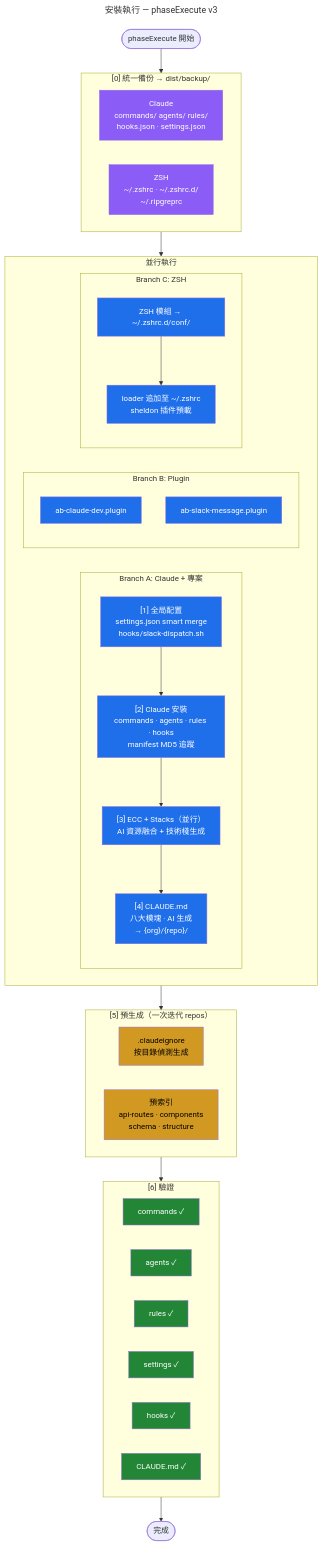
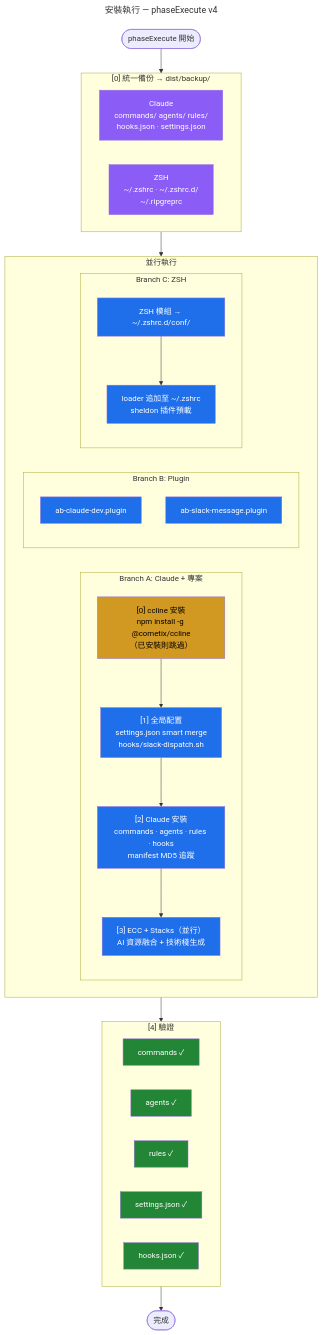
One commit to AlvinBian/ab-tao changed the diagram in apps/dotfiles/docs/flows/phase-execute.mmd. Above: the diagram before and after it, drawn with Mermaid. The commit also changed 7 other files, not shown here.

```diff
--- a/apps/dotfiles/docs/flows/phase-execute.mmd
+++ b/apps/dotfiles/docs/flows/phase-execute.mmd
@@ -1,73 +1,64 @@
 ---
-title: 安裝執行 — phaseExecute v3
-description: 統一備份 → 3 路並行（Claude/Plugin/ZSH）→ 預生成 → 驗證
+title: 安裝執行 — phaseExecute v4
+description: 統一備份 → 3 路並行（Claude/Plugin/ZSH）→ 驗證
 links:
   - config-protection: 配置保護策略
   - setup-main: 返回主流程
 ---
 flowchart TD
     Start([phaseExecute 開始]) --> E0
 
     subgraph E0 ["[0] 統一備份 → dist/backup/"]
         direction LR
         B1["Claude<br/>commands/ agents/ rules/<br/>hooks.json · settings.json"]
         B2["ZSH<br/>~/.zshrc · ~/.zshrc.d/<br/>~/.ripgreprc"]
     end
 
     E0 --> PAR
 
     subgraph PAR ["並行執行"]
         direction LR
 
         subgraph A ["Branch A: Claude + 專案"]
             direction TB
-            A1["[1] 全局配置<br/>settings.json smart merge<br/>hooks/slack-dispatch.sh"]
+            A0["[0] ccline 安裝<br/>npm install -g @cometix/ccline<br/>（已安裝則跳過）"]
+            A0 --> A1["[1] 全局配置<br/>settings.json smart merge<br/>hooks/slack-dispatch.sh"]
             A1 --> A2["[2] Claude 安裝<br/>commands · agents · rules · hooks<br/>manifest MD5 追蹤"]
             A2 --> A3["[3] ECC + Stacks（並行）<br/>AI 資源融合 + 技術棧生成"]
-            A3 --> A4["[4] CLAUDE.md<br/>八大模塊 · AI 生成<br/>→ {org}/{repo}/"]
         end
 
         subgraph B ["Branch B: Plugin"]
             direction TB
             B3["ab-claude-dev.plugin"]
             B4["ab-slack-message.plugin"]
         end
 
         subgraph C ["Branch C: ZSH"]
             direction TB
             C1["ZSH 模組 → ~/.zshrc.d/conf/"]
             C1 --> C2["loader 追加至 ~/.zshrc<br/>sheldon 插件預載"]
         end
     end
 
     PAR --> E5
 
-    subgraph E5 ["[5] 預生成（一次迭代 repos）"]
-        direction LR
-        IG[".claudeignore<br/>按目錄偵測生成"]
-        IX["預索引<br/>api-routes · components<br/>schema · structure"]
-    end
-
-    E5 --> E6
-
-    subgraph E6 ["[6] 驗證"]
+    subgraph E5 ["[4] 驗證"]
         direction LR
         V1["commands ✓"]
         V2["agents ✓"]
         V3["rules ✓"]
-        V4["settings ✓"]
-        V5["hooks ✓"]
-        V6["CLAUDE.md ✓"]
+        V4["settings.json ✓"]
+        V5["hooks.json ✓"]
     end
 
-    E6 --> End([完成])
+    E5 --> End([完成])
 
     classDef backup fill:#8b5cf6,color:#fff
     classDef parallel fill:#1f6feb,color:#fff
     classDef verify fill:#238636,color:#fff
     classDef new fill:#d29922,color:#000
 
     class B1,B2 backup
-    class A1,A2,A3,A4,B3,B4,C1,C2 parallel
-    class V1,V2,V3,V4,V5,V6 verify
-    class IG,IX new
+    class A0,A1,A2,A3,B3,B4,C1,C2 parallel
+    class V1,V2,V3,V4,V5 verify
+    class A0 new
```
